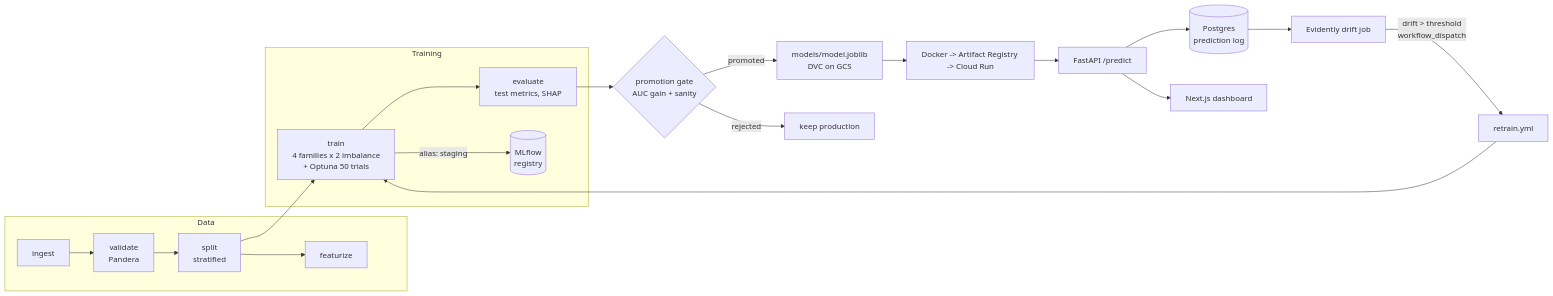
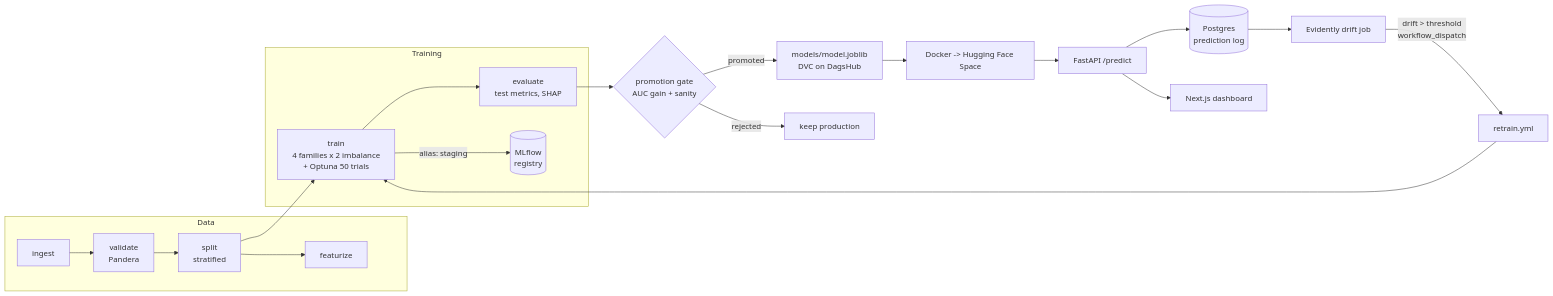
Before and after one commit to ashmitg05/churnops: the diagram in README.md, drawn with Mermaid. The commit also changed other lines of this file and 7 other files, not shown here.

First line of the commit message:
deploy: free stack — Hugging Face Space + DagsHub (DVC, MLflow) instead of Cloud Run

````diff
--- a/README.md
+++ b/README.md
@@ -14,19 +14,19 @@
 ```mermaid
 flowchart LR
     subgraph Data
         A[ingest] --> B[validate<br/>Pandera] --> C[split<br/>stratified] --> D[featurize]
     end
     subgraph Training
         C --> E[train<br/>4 families x 2 imbalance<br/>+ Optuna 50 trials] --> F[evaluate<br/>test metrics, SHAP]
         E -->|alias: staging| R[(MLflow<br/>registry)]
     end
     F --> G{promotion gate<br/>AUC gain + sanity}
-    G -->|promoted| H[models/model.joblib<br/>DVC on GCS]
+    G -->|promoted| H[models/model.joblib<br/>DVC on DagsHub]
     G -->|rejected| X[keep production]
-    H --> I[Docker -> Artifact Registry -> Cloud Run]
+    H --> I[Docker -> Hugging Face Space]
     I --> J[FastAPI /predict] --> K[(Postgres<br/>prediction log)]
     K --> L[Evidently drift job]
     L -->|drift > threshold<br/>workflow_dispatch| M[retrain.yml]
     M --> E
     J --> N[Next.js dashboard]
 ```
````
